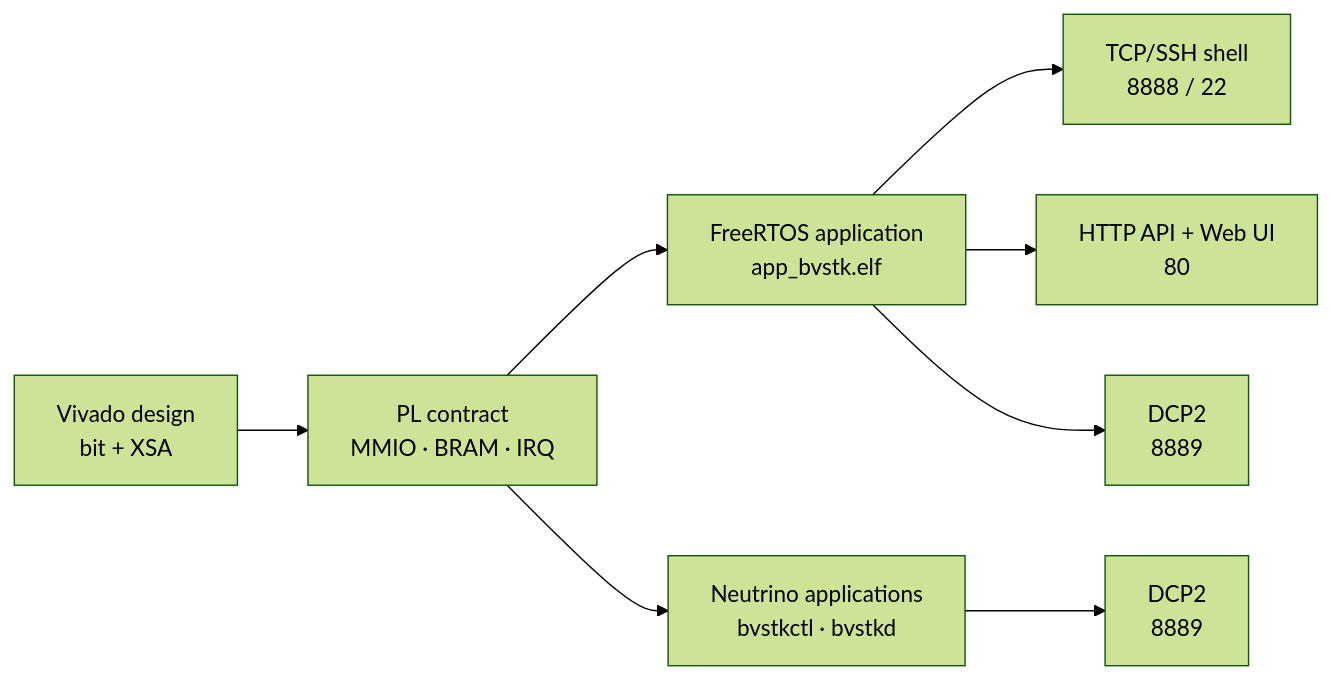
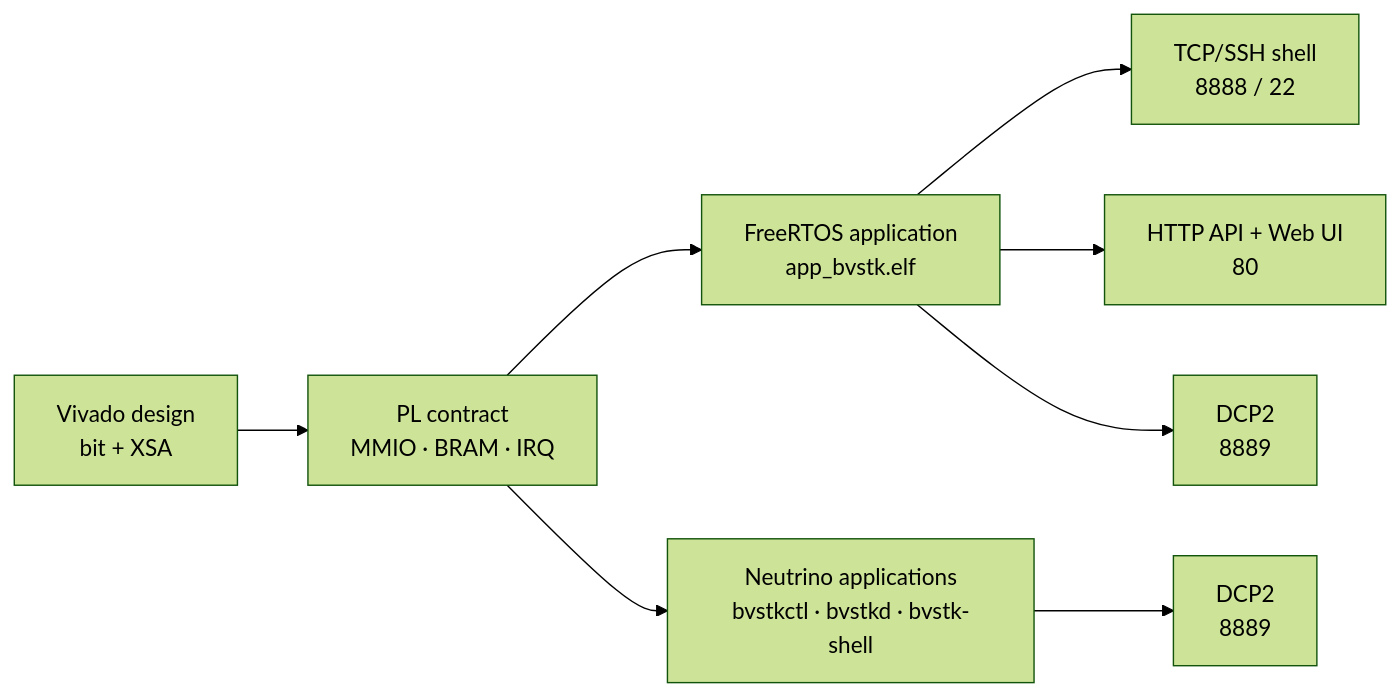
The first of 2 diagrams in README.md (igtrefilov/bvstk), drawn with Mermaid (forest theme) before and after one commit. The commit also changed other lines of this file and 21 other files, not shown here.

````diff
--- a/README.md
+++ b/README.md
@@ -34,10 +34,10 @@
 ```mermaid
 flowchart LR
     HW["Vivado design<br/>bit + XSA"] --> PL["PL contract<br/>MMIO · BRAM · IRQ"]
     PL --> FW["FreeRTOS application<br/>app_bvstk.elf"]
-    PL --> NTO["Neutrino applications<br/>bvstkctl · bvstkd"]
+    PL --> NTO["Neutrino applications<br/>bvstkctl · bvstkd · bvstk-shell"]
     FW --> SHELL["TCP/SSH shell<br/>8888 / 22"]
     FW --> HTTP["HTTP API + Web UI<br/>80"]
     FW --> DCP["DCP2<br/>8889"]
     NTO --> DCPN["DCP2<br/>8889"]
 ```
````
